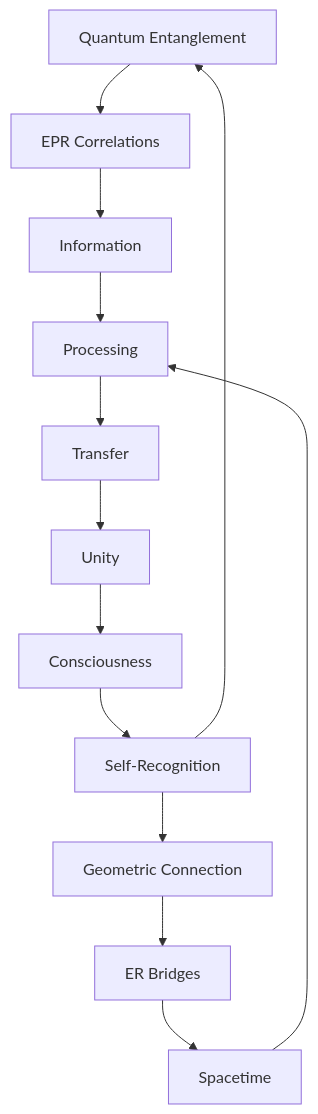
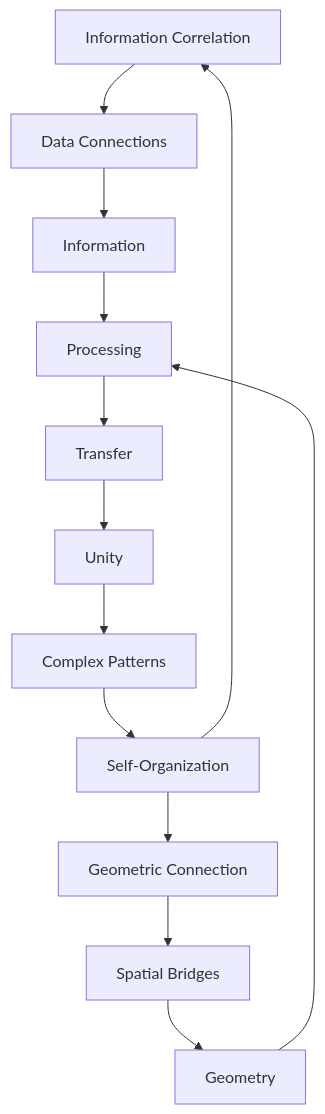
The second of 2 diagrams in docs/psi-structum/book-1-collapse-ontology/part-04-quantum-gravity/chapter-055-er-epr-path-duality.md (loning/the-phys), drawn with Mermaid before and after one commit. The commit also changed other lines of this file and 19 other files, not shown here.

````diff
--- a/docs/psi-structum/book-1-collapse-ontology/part-04-quantum-gravity/chapter-055-er-epr-path-duality.md
+++ b/docs/psi-structum/book-1-collapse-ontology/part-04-quantum-gravity/chapter-055-er-epr-path-duality.md
@@ -197,15 +219,15 @@
 ```mermaid
 graph TD
-    A[Quantum Entanglement] --> B[EPR Correlations]
-    C[Geometric Connection] --> D[ER Bridges]
+    A[Information Correlation] --> B[Data Connections]
+    C[Geometric Connection] --> D[Spatial Bridges]
     B --> E[Information]
-    D --> F[Spacetime]
+    D --> F[Geometry]
     E --> G[Processing]
     F --> G
     G --> H[Transfer]
     H --> I[Unity]
-    I --> J[Consciousness]
-    J --> K[Self-Recognition]
+    I --> J[Complex Patterns]
+    J --> K[Self-Organization]
     K --> A
     K --> C
 ```
````
